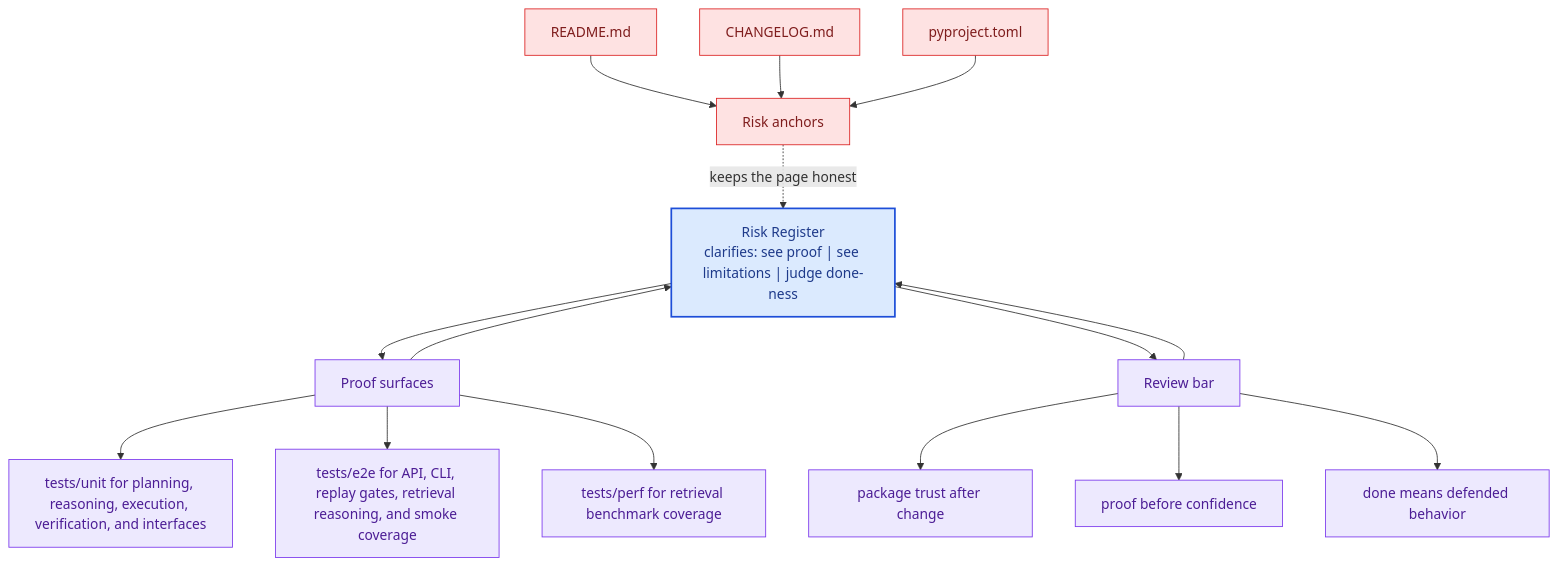
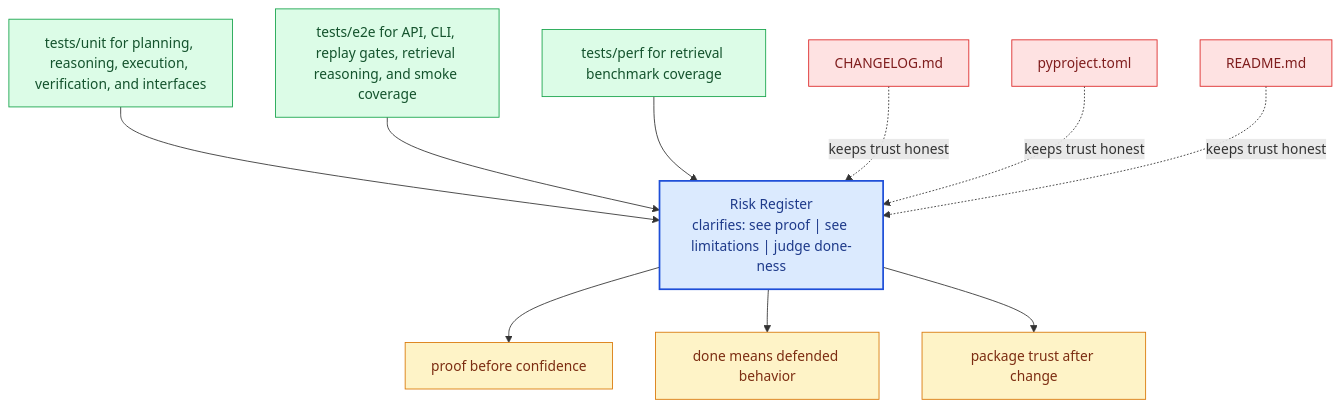
Before and after one commit to bijux/bijux-canon: the diagram in docs/bijux-canon-reason/quality/risk-register.md, drawn with Mermaid. The commit also changed other lines of this file and 281 other files, not shown here.

Commit message:
docs(diagrams): replace repeated mermaid scaffolds with page-specific summaries

````diff
--- a/docs/bijux-canon-reason/quality/risk-register.md
+++ b/docs/bijux-canon-reason/quality/risk-register.md
@@ -68,41 +23,31 @@
 ```mermaid
 flowchart TB
-    promise["Risk Register<br/>clarifies: see proof | see limitations | judge done-ness"]
-    classDef promise fill:#dbeafe,stroke:#1d4ed8,color:#1e3a8a,stroke-width:2px;
-    classDef driver fill:#dcfce7,stroke:#16a34a,color:#14532d;
-    classDef constraint fill:#fee2e2,stroke:#dc2626,color:#7f1d1d;
-    classDef ground fill:#ede9fe,stroke:#7c3aed,color:#4c1d95;
-    focus1["Proof surfaces"]
-    focus1 --> promise
-    promise --> focus1
-    focus1_1["tests/unit for planning, reasoning, execution, verification, and interfaces"]
-    focus1 --> focus1_1
-    focus1_2["tests/e2e for API, CLI, replay gates, retrieval reasoning, and smoke coverage"]
-    focus1 --> focus1_2
-    focus1_3["tests/perf for retrieval benchmark coverage"]
-    focus1 --> focus1_3
-    class focus1 ground;
-    class focus1_1,focus1_2,focus1_3 ground;
-    focus2["Risk anchors"]
-    focus2 -.keeps the page honest.-> promise
-    focus2_1["README.md"]
-    focus2_1 --> focus2
-    focus2_2["CHANGELOG.md"]
-    focus2_2 --> focus2
-    focus2_3["pyproject.toml"]
-    focus2_3 --> focus2
-    class focus2 constraint;
-    class focus2_1,focus2_2,focus2_3 constraint;
-    focus3["Review bar"]
-    focus3 --> promise
-    promise --> focus3
-    focus3_1["package trust after change"]
-    focus3 --> focus3_1
-    focus3_2["proof before confidence"]
-    focus3 --> focus3_2
-    focus3_3["done means defended behavior"]
-    focus3 --> focus3_3
-    class focus3 ground;
-    class focus3_1,focus3_2,focus3_3 ground;
-    class promise promise;
+    page["Risk Register<br/>clarifies: see proof | see limitations | judge done-ness"]
+    classDef page fill:#dbeafe,stroke:#1d4ed8,color:#1e3a8a,stroke-width:2px;
+    classDef positive fill:#dcfce7,stroke:#16a34a,color:#14532d;
+    classDef caution fill:#fee2e2,stroke:#dc2626,color:#7f1d1d;
+    classDef anchor fill:#ede9fe,stroke:#7c3aed,color:#4c1d95;
+    classDef action fill:#fef3c7,stroke:#d97706,color:#7c2d12;
+    proof1["tests/unit for planning, reasoning, execution, verification, and interfaces"]
+    proof1 --> page
+    proof2["tests/e2e for API, CLI, replay gates, retrieval reasoning, and smoke coverage"]
+    proof2 --> page
+    proof3["tests/perf for retrieval benchmark coverage"]
+    proof3 --> page
+    risk1["CHANGELOG.md"]
+    risk1 -.keeps trust honest.-> page
+    risk2["pyproject.toml"]
+    risk2 -.keeps trust honest.-> page
+    risk3["README.md"]
+    risk3 -.keeps trust honest.-> page
+    bar1["proof before confidence"]
+    page --> bar1
+    bar2["done means defended behavior"]
+    page --> bar2
+    bar3["package trust after change"]
+    page --> bar3
+    class page page;
+    class proof1,proof2,proof3 positive;
+    class risk1,risk2,risk3 caution;
+    class bar1,bar2,bar3 action;
 ```
````
